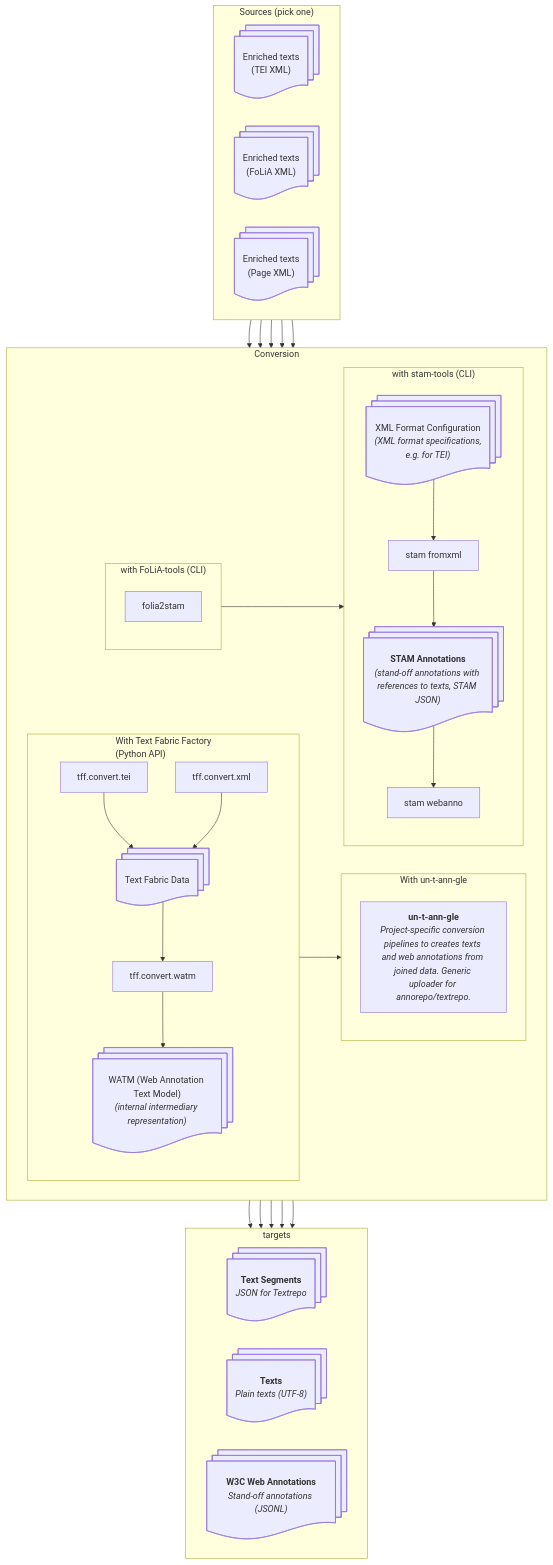
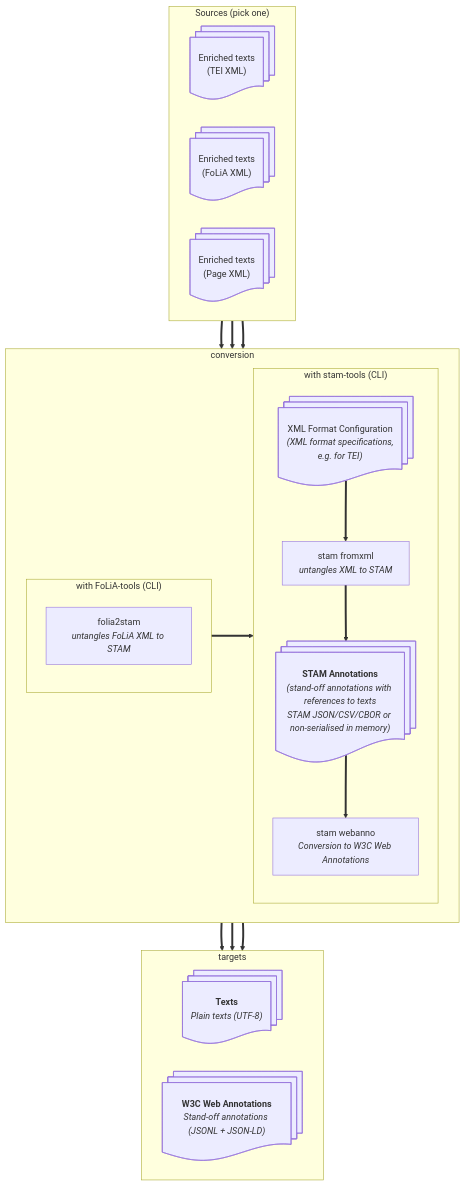
One commit to knaw-huc/tt-architecture changed the fourth of 4 diagrams in README.md. Above: the diagram before and after it, drawn with Mermaid. The commit also changed other lines of this file, not shown here.

Commit message:
continued work on schemas

````diff
--- a/README.md
+++ b/README.md
@@ -175,75 +301,50 @@
 ```{.mermaid format=svg}
+%%{init: {"flowchart": {"htmlLabels": true}} }%%
 flowchart TD
 
     subgraph sources["Sources (pick one)"]
         direction LR
         teisource@{ shape: docs, label: "Enriched texts<br>(TEI XML)"}
         foliasource@{ shape: docs, label: "Enriched texts<br>(FoLiA XML)"}
         pagexmlsource@{ shape: docs, label: "Enriched texts<br>(Page XML)"}
     end
 
-    subgraph preprocessing["Conversion"]
+    subgraph conversion
         direction LR
-
-        subgraph with_textfabric_factory["With Text Fabric Factory<br>(Python API)"]
-            direction TB
-            teisource --> tff_fromtei
-            pagexmlsource --> tff_fromxml
-            tff_fromtei["tff.convert.tei"]
-            tff_fromxml["tff.convert.xml"]
-            tfdata@{ shape: docs, label: "Text Fabric Data"}
-            tff_watm["tff.convert.watm"]
-            watm@{ shape: docs, label: "WATM (Web Annotation Text Model)<br><i>(internal intermediary representation)</i>"}
-            tff_fromtei --> tfdata 
-            tff_fromxml --> tfdata
-            tfdata --> tff_watm --> watm
-        end 
-
-        subgraph with_untangle["With un-t-ann-gle"]
-            direction TB
-            watm --> untangle
-            untangle["<b>un-t-ann-gle</b><br><i>Project-specific conversion pipelines to creates texts and web annotations from joined data. Generic uploader for annorepo/textrepo.</i>"]
-        end
-
         subgraph with_folia_tools["with FoLiA-tools (CLI)"]
             direction TB
-            foliasource --> folia2stam
+            foliasource ==> folia2stam
+            folia2stam["folia2stam<br><i>untangles FoLiA XML to STAM</i>"]
         end
 
         subgraph with_stam_tools["with stam-tools (CLI)"]
             direction TB
             stam_xmlconfig@{ shape: docs, label: "XML Format Configuration<br><i>(XML format specifications, <br>e.g. for TEI)</i>"}
-            stam_xmlconfig --> stam_fromxml
+            stam_xmlconfig ==> stam_fromxml
 
-            stam_fromxml["stam fromxml"] 
-            stam_webanno["stam webanno"]
-            stam_annotations@{ shape: docs, label: "<b>STAM Annotations</b><br><i>(stand-off annotations with references to texts, STAM JSON)</i>"}
-            teisource --> stam_fromxml
-            pagexmlsource --> stam_fromxml
-            folia2stam --> stam_annotations
-            stam_fromxml --> stam_annotations
-            stam_annotations --> stam_webanno
+            stam_fromxml["stam fromxml<br><i>untangles XML to STAM</i>"] 
+            stam_webanno["stam webanno<br><i>Conversion to W3C Web Annotations</i>"]
+            stam_annotations@{ shape: docs, label: "<b>STAM Annotations</b><br><i>(stand-off annotations with references to texts<br>STAM JSON/CSV/CBOR or non-serialised in memory)</i>"}
+            teisource ==> stam_fromxml
+            pagexmlsource ==> stam_fromxml
+            folia2stam ==> stam_annotations
+            stam_fromxml ==> stam_annotations
+            stam_annotations ==> stam_webanno
         end
-
     end
 
 
     subgraph targets
         direction LR
 
-        untangle --> textsegments
-        folia2stam --> texts
-        stam_fromxml --> texts
+        folia2stam ==> texts
+        stam_fromxml ==> texts
         
-        untangle --> webanno
-        stam_webanno --> webanno
+        stam_webanno ==> webanno
 
         texts@{ shape: docs, label: "<b>Texts</b><br><i>Plain texts (UTF-8)</i>"}
-        webanno@{ shape: docs, label: "<b>W3C Web Annotations</b><br><i>Stand-off annotations (JSONL)</i>"}
-
-        textsegments@{ shape: docs, label: "<b>Text Segments</b><br><i>JSON for Textrepo</i>"}
+        webanno@{ shape: docs, label: "<b>W3C Web Annotations</b><br><i>Stand-off annotations (JSONL + JSON-LD)</i>"}
     end
 
-    sources ~~~ preprocessing
-    preprocessing ~~~ targets
+    linkStyle default background:transparent,color:#060
 ```
````
